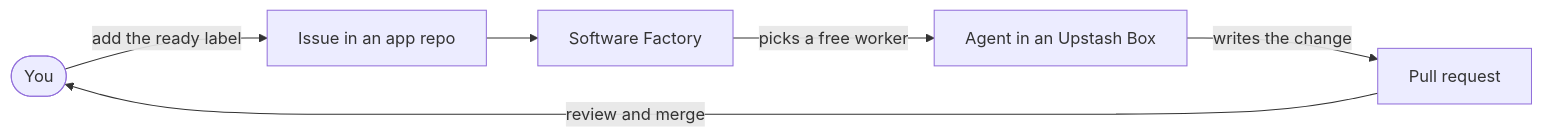
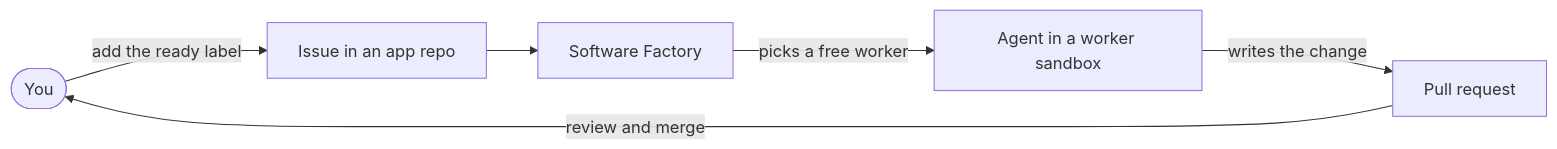
The first of 2 diagrams in references/architecture.md (vicgupta/create-ant-factory), drawn with Mermaid before and after one commit. The commit also changed other lines of this file, not shown here.

First line of the commit message:
Document Docker as the default worker provider

````diff
--- a/references/architecture.md
+++ b/references/architecture.md
@@ -104,8 +102,8 @@
 ```mermaid
 flowchart LR
     You([You]) -->|add the ready label| Issue[Issue in an app repo]
     Issue --> Factory[Software Factory]
-    Factory -->|picks a free worker| W[Agent in an Upstash Box]
+    Factory -->|picks a free worker| W[Agent in a worker sandbox]
     W -->|writes the change| PR[Pull request]
     PR -->|review and merge| You
 ```
````
